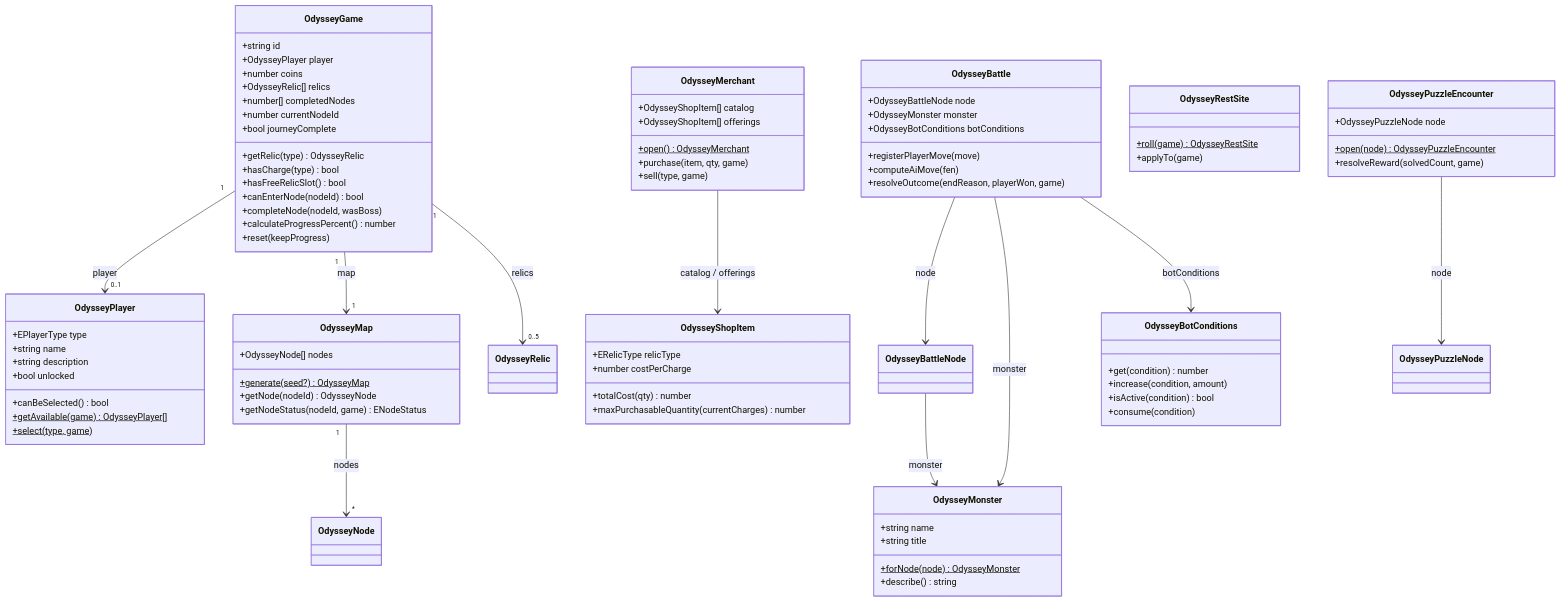
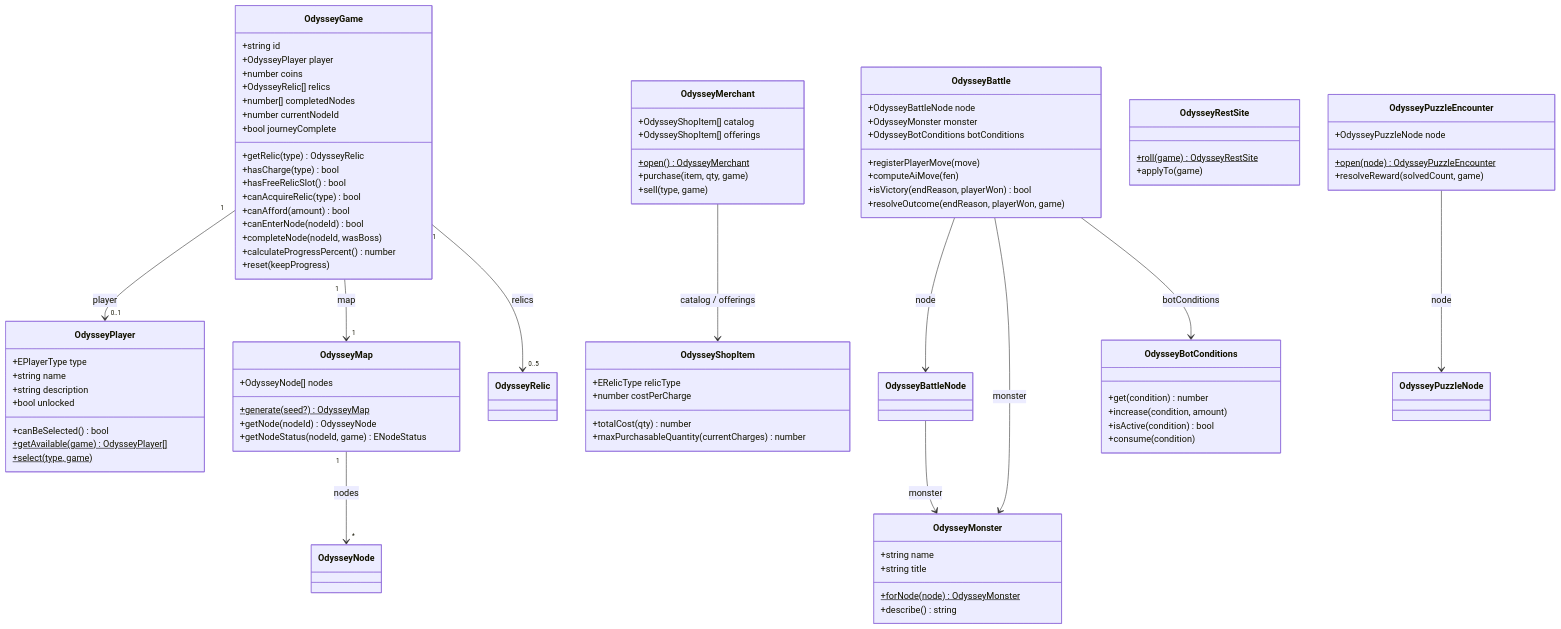
The third of 3 diagrams in story-mode-backend-models/README.md (CHANDRAHARSHIT/Chess-Project), drawn with Mermaid before and after one commit. The commit also changed other lines of this file and 22 other files, not shown here.

```diff
--- a/story-mode-backend-models/README.md
+++ b/story-mode-backend-models/README.md
@@ -164,6 +174,8 @@
         +getRelic(type) OdysseyRelic
         +hasCharge(type) bool
         +hasFreeRelicSlot() bool
+        +canAcquireRelic(type) bool
+        +canAfford(amount) bool
         +canEnterNode(nodeId) bool
         +completeNode(nodeId, wasBoss)
         +calculateProgressPercent() number
@@ -187,6 +199,7 @@
         +OdysseyBotConditions botConditions
         +registerPlayerMove(move)
         +computeAiMove(fen)
+        +isVictory(endReason, playerWon) bool
         +resolveOutcome(endReason, playerWon, game)
     }
     class OdysseyBotConditions {
```
